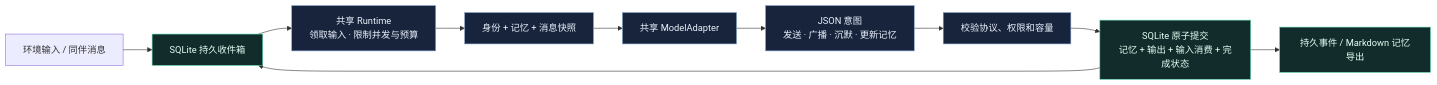
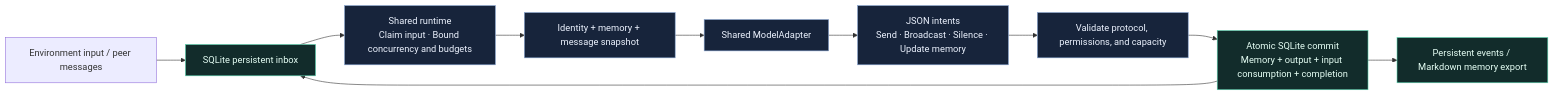
One commit to freezetheflame/mmar changed the diagram in README.md. Above: the diagram before and after it, drawn with Mermaid. The commit also changed other lines of this file and 6 other files, not shown here.

````diff
--- a/README.md
+++ b/README.md
@@ -62,17 +64,17 @@
 ```mermaid
 flowchart LR
-    Input["环境输入 / 同伴消息"] --> Inbox["SQLite 持久收件箱"]
-    Inbox --> Runtime["共享 Runtime<br/>领取输入 · 限制并发与预算"]
-    Runtime --> Snapshot["身份 + 记忆 + 消息快照"]
-    Snapshot --> Model["共享 ModelAdapter"]
-    Model --> Decision["JSON 意图<br/>发送 · 广播 · 沉默 · 更新记忆"]
-    Decision --> Validate["校验协议、权限和容量"]
-    Validate --> Commit["SQLite 原子提交<br/>记忆 + 输出 + 输入消费 + 完成状态"]
+    Input["Environment input / peer messages"] --> Inbox["SQLite persistent inbox"]
+    Inbox --> Runtime["Shared runtime<br/>Claim input · Bound concurrency and budgets"]
+    Runtime --> Snapshot["Identity + memory + message snapshot"]
+    Snapshot --> Model["Shared ModelAdapter"]
+    Model --> Decision["JSON intents<br/>Send · Broadcast · Silence · Update memory"]
+    Decision --> Validate["Validate protocol, permissions, and capacity"]
+    Validate --> Commit["Atomic SQLite commit<br/>Memory + output + input consumption + completion"]
     Commit --> Inbox
-    Commit --> Events["持久事件 / Markdown 记忆导出"]
+    Commit --> Events["Persistent events / Markdown memory export"]
 
     classDef store fill:#122C2B,stroke:#59D6B0,color:#E6FFF5;
     classDef execution fill:#17243B,stroke:#819FCC,color:#EDF3FF;
     class Inbox,Commit,Events store;
     class Runtime,Snapshot,Model,Decision,Validate execution;
 ```
````
